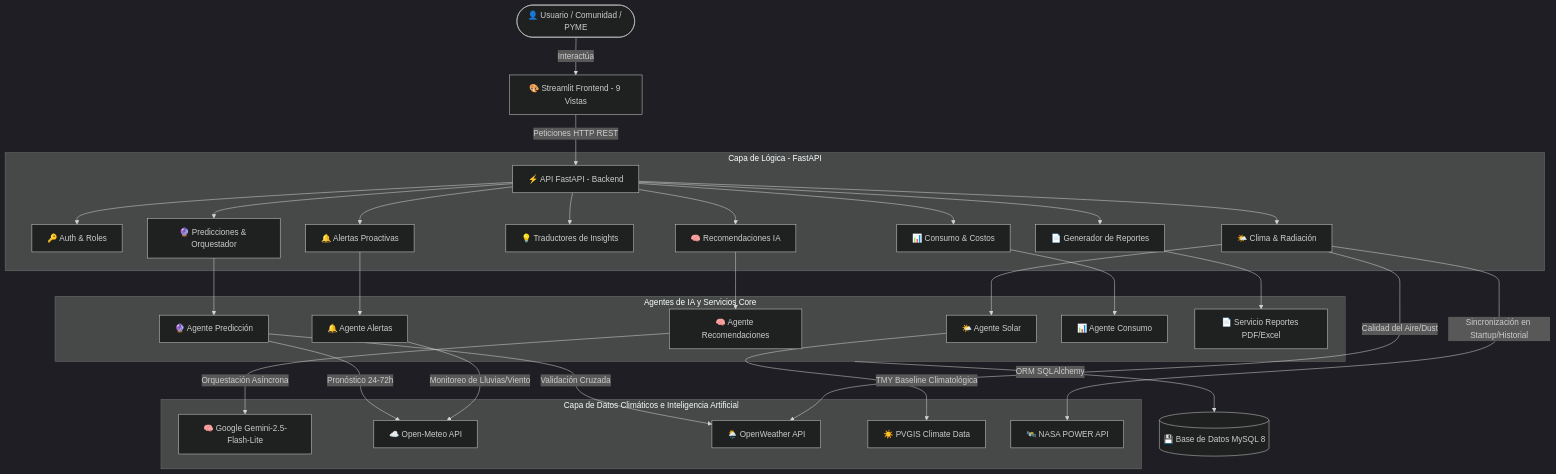
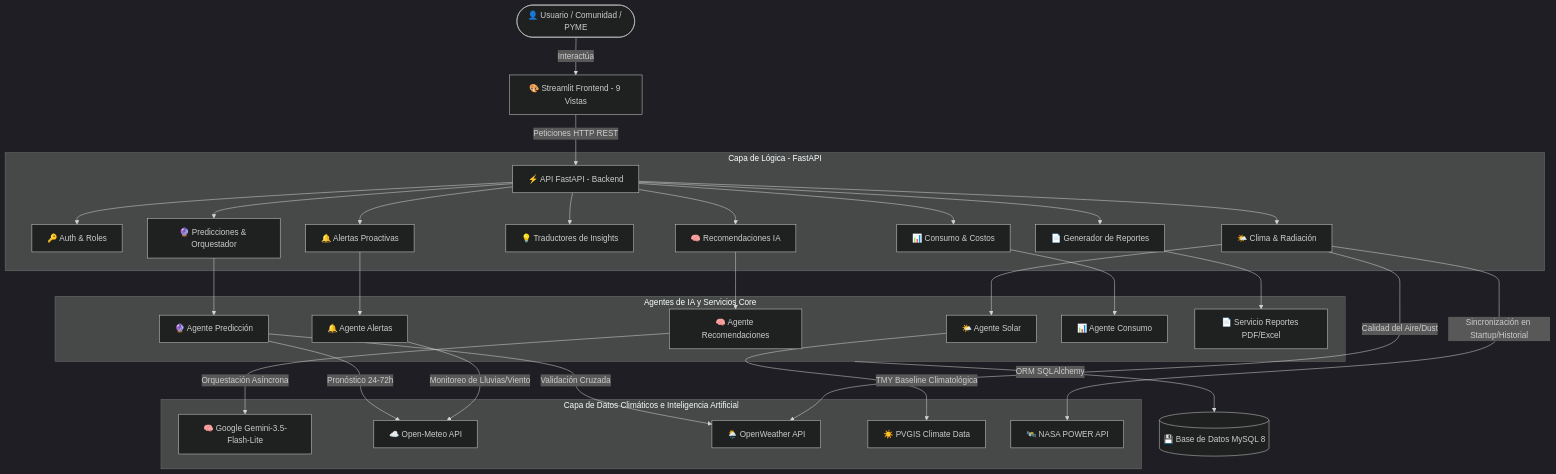
One commit to edier-0/agente_solar_riohacha changed the first of 2 diagrams in README.md. Above: the diagram before and after it, drawn with Mermaid (dark theme). The commit also changed other lines of this file, not shown here.

Commit message:
docs(readme): actualizar README con badges, modelo Gemini 3.5, gobernanza y licencia

````diff
--- a/README.md
+++ b/README.md
@@ -53,37 +61,37 @@
 ```mermaid
 graph TD
     User([👤 Usuario / Comunidad / PYME]) -->|Interactúa| Streamlit[🎨 Streamlit Frontend - 9 Vistas]
     Streamlit -->|Peticiones HTTP REST| FastAPI[⚡ API FastAPI - Backend]
     
     subgraph FastAPI_Backend [Capa de Lógica - FastAPI]
         FastAPI --> AuthRoute[🔑 Auth & Roles]
         FastAPI --> ConsumoRoute[📊 Consumo & Costos]
         FastAPI --> SolarRoute[🌤️ Clima & Radiación]
         FastAPI --> InsightsRoute[💡 Traductores de Insights]
         FastAPI --> IARoute[🧠 Recomendaciones IA]
         FastAPI --> PredRoute[🔮 Predicciones & Orquestador]
         FastAPI --> AlertasRoute[🔔 Alertas Proactivas]
         FastAPI --> RepRoute[📄 Generador de Reportes]
     end
     
     subgraph Servicios_Agentes [Agentes de IA y Servicios Core]
         IARoute --> AgRecomendador[🧠 Agente Recomendaciones]
         PredRoute --> AgPrediccion[🔮 Agente Predicción]
         AlertasRoute --> AgAlertas[🔔 Agente Alertas]
         SolarRoute --> AgSolar[🌤️ Agente Solar]
         ConsumoRoute --> AgConsumo[📊 Agente Consumo]
         RepRoute --> ServReportes[📄 Servicio Reportes PDF/Excel]
     end
 
     subgraph Motores_Externos [Capa de Datos Climáticos e Inteligencia Artificial]
-        AgRecomendador -->|Orquestación Asíncrona| Gemini[🧠 Google Gemini-2.5-Flash-Lite]
+        AgRecomendador -->|Orquestación Asíncrona| Gemini[🧠 Google Gemini-3.5-Flash-Lite]
         AgPrediccion -->|Pronóstico 24-72h| OpenMeteo[☁️ Open-Meteo API]
         AgPrediccion -->|Validación Cruzada| OpenWeather[🌦️ OpenWeather API]
         AgAlertas -->|Monitoreo de Lluvias/Viento| OpenMeteo
         AgSolar -->|TMY Baseline Climatológica| PVGIS[☀️ PVGIS Climate Data]
         SolarRoute -->|Sincronización en Startup/Historial| NasaPower[🛰️ NASA POWER API]
         SolarRoute -->|Calidad del Aire/Dust| OpenWeather
     end
     
     Servicios_Agentes -->|ORM SQLAlchemy| DB[(💾 Base de Datos MySQL 8)]
 ```
````
